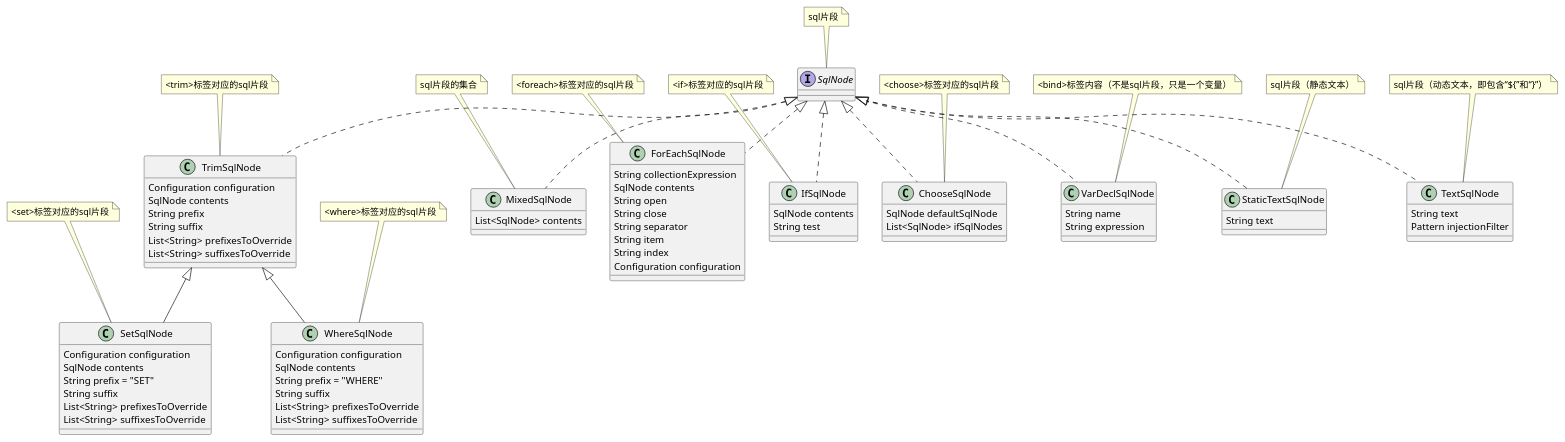
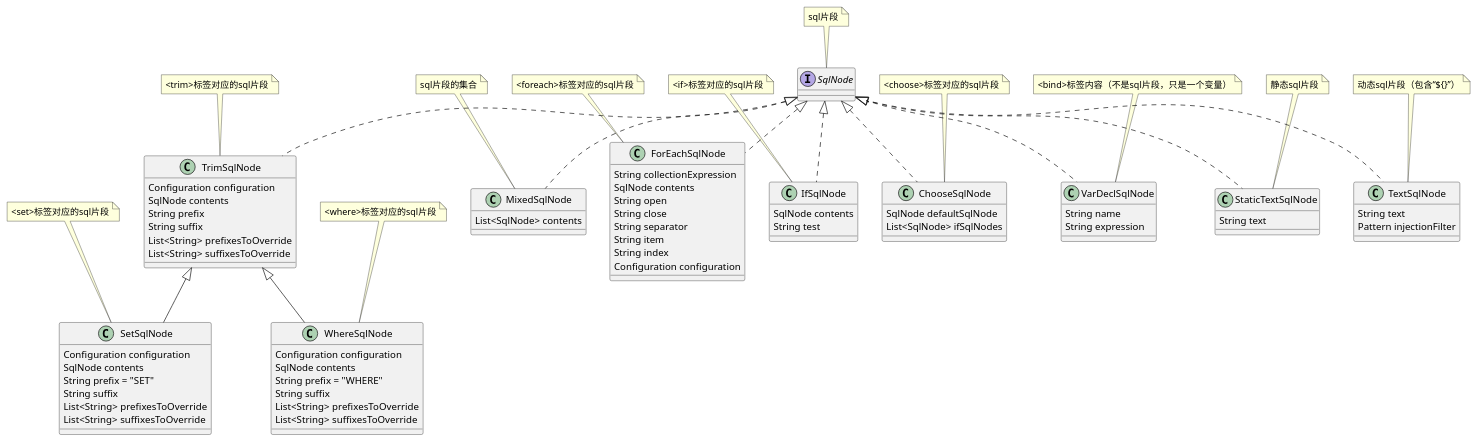
The diagram in mybatis-core/src/main/resources/SqlNodeFamily.puml (kxumiaoing/mybatis-3.5.2-src), drawn with PlantUML before and after one commit. The commit also changed 23 other files, not shown here.

```diff
--- a/mybatis-core/src/main/resources/SqlNodeFamily.puml
+++ b/mybatis-core/src/main/resources/SqlNodeFamily.puml
@@ -1,105 +1,105 @@
 @startuml
 
 
 class TrimSqlNode implements SqlNode
 note top of SqlNode
   sql片段
 end note
 
 TrimSqlNode : Configuration configuration
 TrimSqlNode : SqlNode contents
 TrimSqlNode : String prefix
 TrimSqlNode : String suffix
 TrimSqlNode : List<String> prefixesToOverride
 TrimSqlNode : List<String> suffixesToOverride
 note top of TrimSqlNode
   <trim>标签对应的sql片段
 end note
 
 class SetSqlNode extends TrimSqlNode
 
 SetSqlNode : Configuration configuration
 SetSqlNode : SqlNode contents
 SetSqlNode : String prefix = "SET"
 SetSqlNode : String suffix
 SetSqlNode : List<String> prefixesToOverride
 SetSqlNode : List<String> suffixesToOverride
 note top of SetSqlNode
   <set>标签对应的sql片段
 end note
 
 class WhereSqlNode extends TrimSqlNode
 
 WhereSqlNode : Configuration configuration
 WhereSqlNode : SqlNode contents
 WhereSqlNode : String prefix = "WHERE"
 WhereSqlNode : String suffix
 WhereSqlNode : List<String> prefixesToOverride
 WhereSqlNode : List<String> suffixesToOverride
 note top of WhereSqlNode
   <where>标签对应的sql片段
 end note
 
 
 
 
 class MixedSqlNode implements SqlNode
 MixedSqlNode : List<SqlNode> contents
 note top of MixedSqlNode
   sql片段的集合
 end note
 
 class ForEachSqlNode implements SqlNode
 
 ForEachSqlNode : String collectionExpression
 ForEachSqlNode : SqlNode contents
 ForEachSqlNode : String open
 ForEachSqlNode : String close
 ForEachSqlNode : String separator
 ForEachSqlNode : String item
 ForEachSqlNode : String index
 ForEachSqlNode : Configuration configuration
 note top of ForEachSqlNode
   <foreach>标签对应的sql片段
 end note
 
 class IfSqlNode implements SqlNode
 
 IfSqlNode : SqlNode contents
 IfSqlNode : String test
 note top of IfSqlNode
   <if>标签对应的sql片段
 end note
 
 class ChooseSqlNode implements SqlNode
 
 ChooseSqlNode : SqlNode defaultSqlNode
 ChooseSqlNode : List<SqlNode> ifSqlNodes
 note top of ChooseSqlNode
   <choose>标签对应的sql片段
 end note
 
 class VarDeclSqlNode implements SqlNode
 
 VarDeclSqlNode : String name
 VarDeclSqlNode : String expression
 note top of VarDeclSqlNode
   <bind>标签内容（不是sql片段，只是一个变量）
 end note
 
 class StaticTextSqlNode implements SqlNode
 
 StaticTextSqlNode : String text
 note top of StaticTextSqlNode
-  sql片段（静态文本）
+  静态sql片段
 end note
 
 class TextSqlNode implements SqlNode
 
 TextSqlNode : String text
 TextSqlNode : Pattern injectionFilter
 note top of TextSqlNode
-  sql片段（动态文本，即包含“${”和“}”）
+  动态sql片段（包含“${}”）
 end note
 
 @enduml
```
